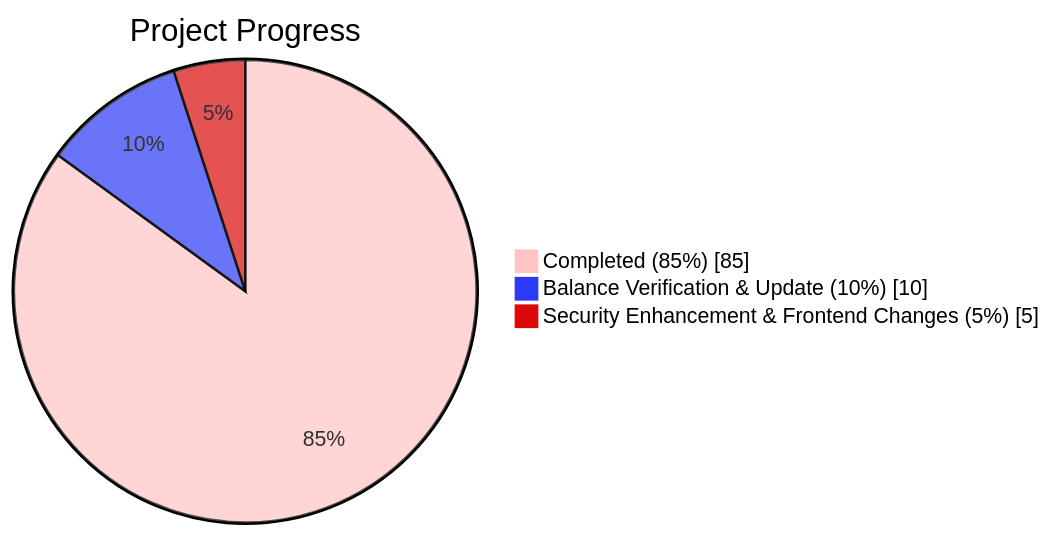
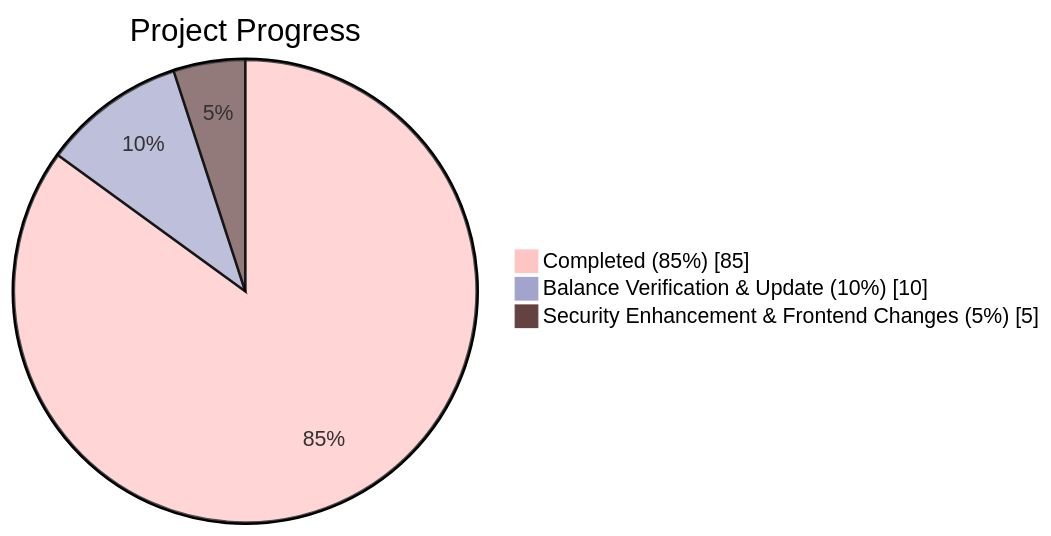
Before and after one commit to anm1234/IS-436-System-Structure-and-Analysis: the diagram in README.md, drawn with Mermaid.

Commit message:
Update pie chart colors in README

````diff
--- a/README.md
+++ b/README.md
@@ -65,15 +65,15 @@
 ```mermaid
 %%{init: {
   "theme": "default",
   "themeVariables": {
     "pie1": "#FFC4C4",
-    "pie2": "#2C3AF7",
-    "pie3": "#DB0909"
+    "pie2": "#A2A4CD",
+    "pie3": "#644242"
   }
 }}%%
 pie showData
     title Project Progress
     "Completed (85%)" : 85
     "Balance Verification & Update (10%)" : 10
     "Security Enhancement & Frontend Changes (5%)" : 5
 ```
````
